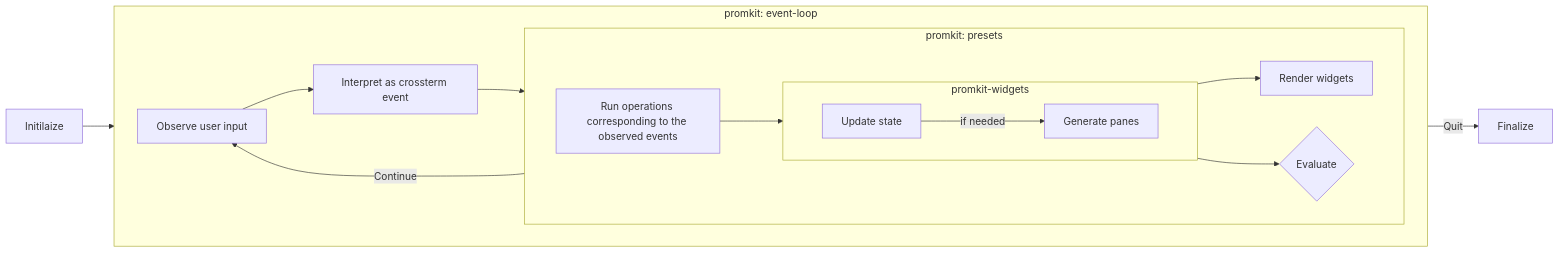
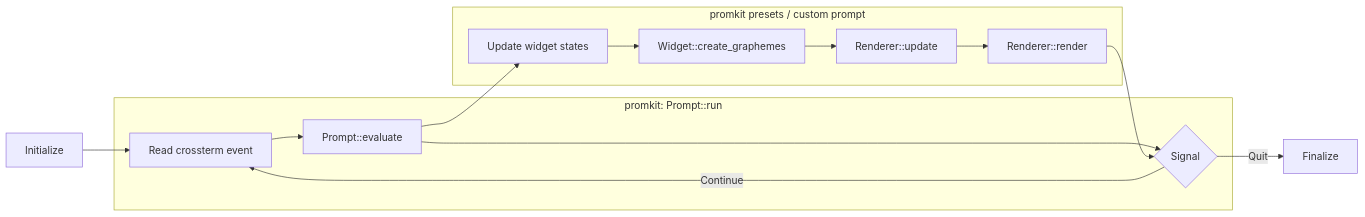
The diagram in Concept.md (ynqa/promkit), drawn with Mermaid before and after one commit. The commit also changed other lines of this file, not shown here.

````diff
--- a/Concept.md
+++ b/Concept.md
@@ -71,26 +67,20 @@
 ```mermaid
 flowchart LR
-    Initialize[Initilaize] --> A
-    subgraph promkit["promkit: event-loop"]
-        direction LR
-        A[Observe user input] --> B
-        B[Interpret as crossterm event] --> C
+    Init[Initialize] --> Observe
 
-        subgraph presets["promkit: presets"]
-            direction LR
-            C[Run operations corresponding to the observed events] --> D[Update state]
-
-            subgraph widgets["promkit-widgets"]
-                direction LR
-                D[Update state] --> |if needed| Y[Generate panes]
-            end
-
-            Y --> Z[Render widgets]
-            D --> E{Evaluate}
-        end
-
-        E -->|Continue| A
+    subgraph Runtime["promkit: Prompt::run"]
+        Observe[Read crossterm event] --> Eval[Prompt::evaluate]
+        Eval --> Continue{Signal}
+        Continue -->|Continue| Observe
     end
 
-    E -->|Quit| Finalize[Finalize]
+    subgraph Preset["promkit presets / custom prompt"]
+        Eval --> UpdateState[Update widget states]
+        UpdateState --> Build[Widget::create_graphemes]
+        Build --> Push[Renderer::update]
+        Push --> Draw[Renderer::render]
+    end
+
+    Draw --> Continue
+    Continue -->|Quit| Finalize[Finalize]
 ```
````
